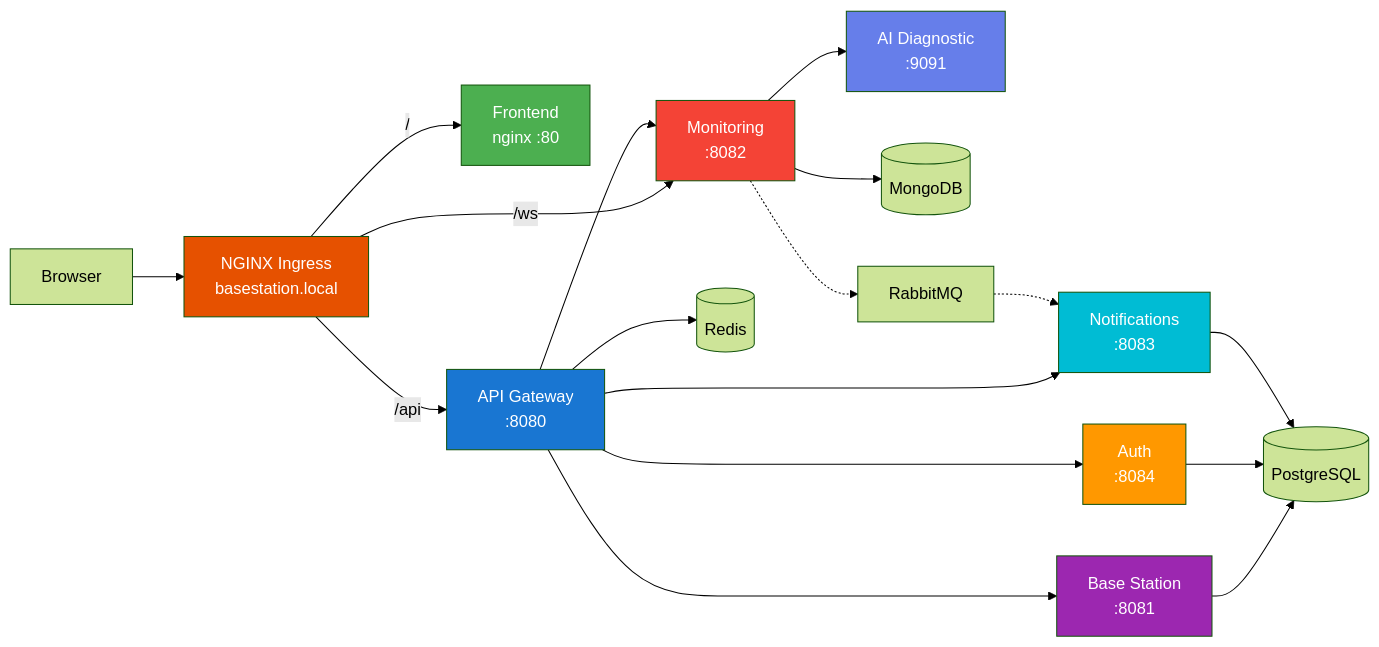
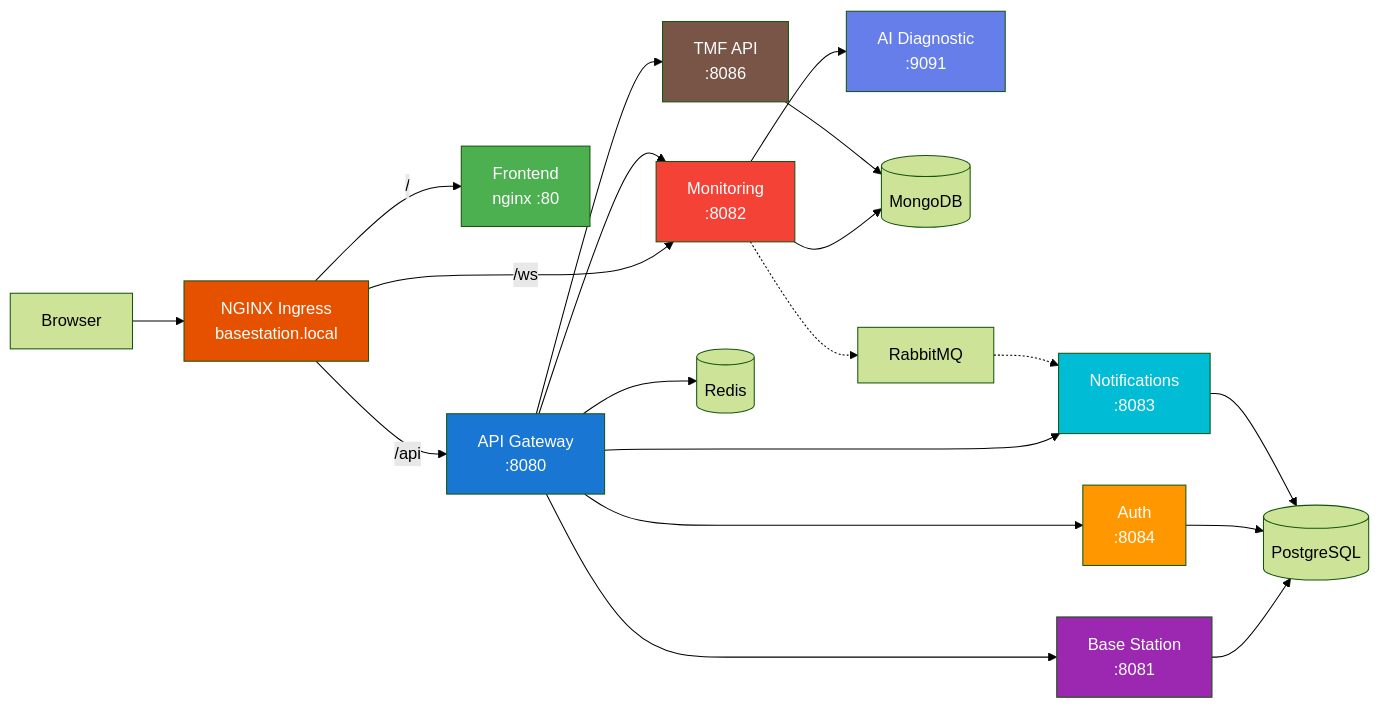
One commit to ErselSeyit/base-station-platform changed the diagram in docs/ARCHITECTURE.md. Above: the diagram before and after it, drawn with Mermaid (forest theme). The commit also changed other lines of this file and 4 other files, not shown here.

First line of the commit message:
docs: reconcile ARCHITECTURE/API/SETUP/TESTING with the current code

````diff
--- a/docs/ARCHITECTURE.md
+++ b/docs/ARCHITECTURE.md
@@ -5,37 +5,40 @@
 ```mermaid
 graph LR
     User[Browser]
     Ingress[NGINX Ingress<br/>basestation.local]
     Client[Frontend<br/>nginx :80]
     GW[API Gateway<br/>:8080]
 
     User --> Ingress
     Ingress -->|/| Client
     Ingress -->|/api| GW
     Ingress -->|/ws| MS
 
     GW --> AS[Auth<br/>:8084]
     GW --> BS[Base Station<br/>:8081]
     GW --> MS[Monitoring<br/>:8082]
     GW --> NS[Notifications<br/>:8083]
+    GW --> TMF[TMF API<br/>:8086]
 
     MS --> AI[AI Diagnostic<br/>:9091]
 
     BS --> PG[(PostgreSQL)]
     AS --> PG
     NS --> PG
     MS --> MDB[(MongoDB)]
+    TMF --> MDB
 
     GW --> Redis[(Redis)]
     MS -.-> RMQ[RabbitMQ]
     RMQ -.-> NS
 
     style Ingress fill:#e65100,color:#fff
     style GW fill:#1976d2,color:#fff
     style Client fill:#4caf50,color:#fff
     style BS fill:#9c27b0,color:#fff
     style MS fill:#f44336,color:#fff
     style NS fill:#00bcd4,color:#fff
     style AS fill:#ff9800,color:#fff
     style AI fill:#667eea,color:#fff
+    style TMF fill:#795548,color:#fff
 ```
````
